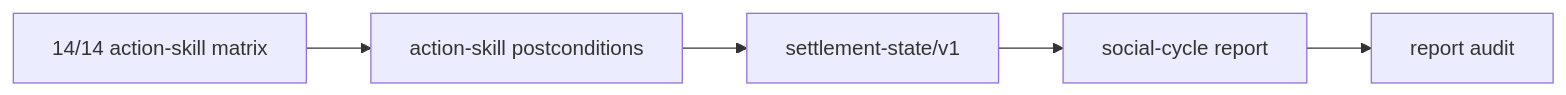
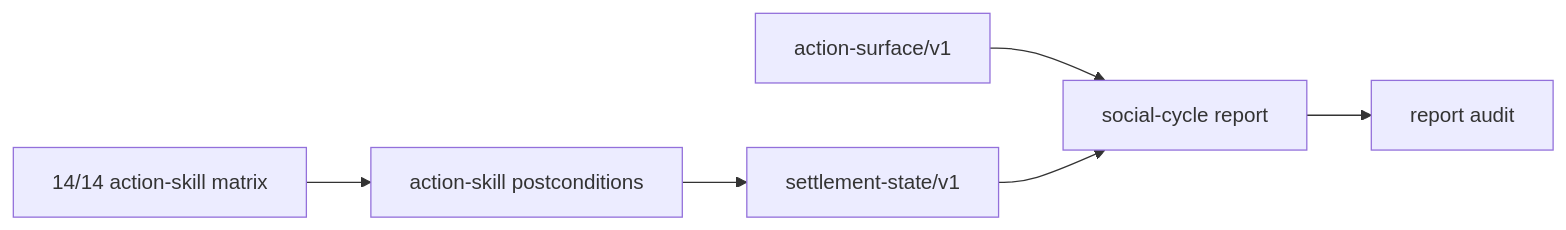
One commit to gigio1023/minecraft-llm-agent-community changed the third of 4 diagrams in README.md. Above: the diagram before and after it, drawn with Mermaid. The commit also changed other lines of this file and 62 other files, not shown here.

````diff
--- a/README.md
+++ b/README.md
@@ -127,13 +185,15 @@
 ```mermaid
 flowchart LR
   Matrix["14/14 action-skill matrix"]
+  Surface["action-surface/v1"]
   Settlement["settlement-state/v1"]
   Postconditions["action-skill postconditions"]
   SocialReport["social-cycle report"]
   Audit["report audit"]
 
+  Surface --> SocialReport
   Matrix --> Postconditions
   Postconditions --> Settlement
   Settlement --> SocialReport
   SocialReport --> Audit
 ```
````
